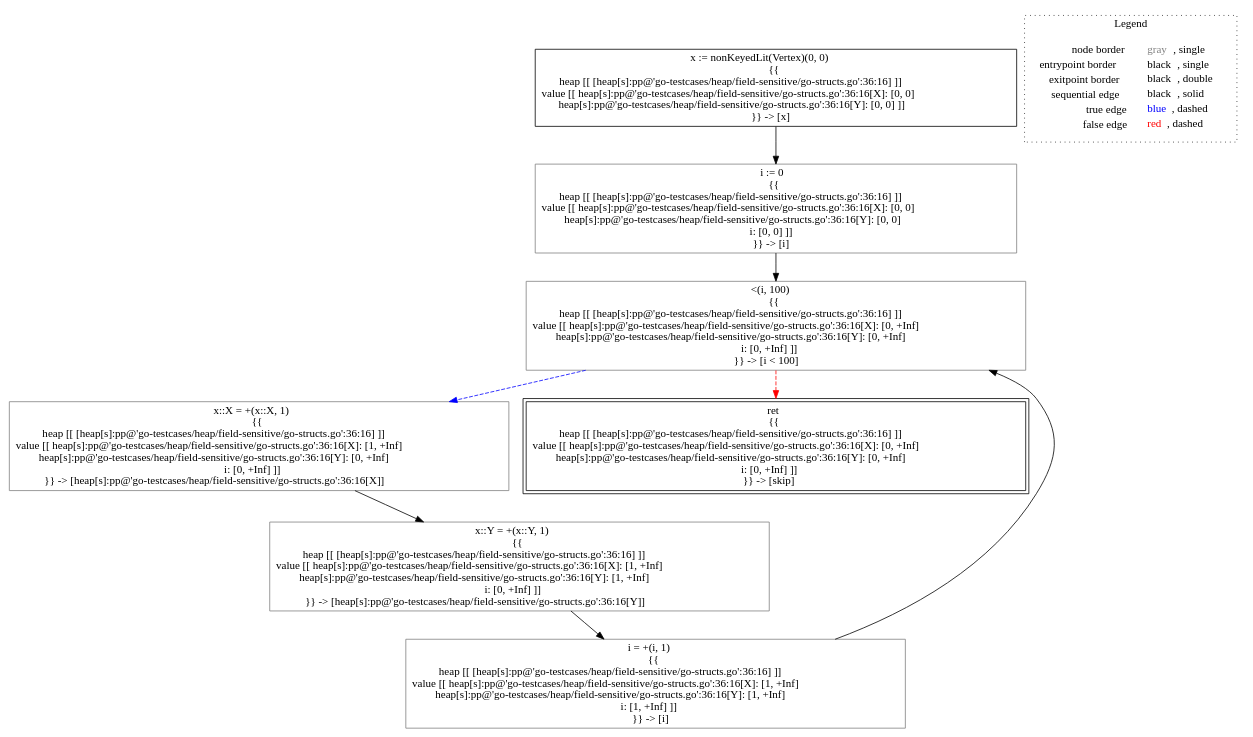
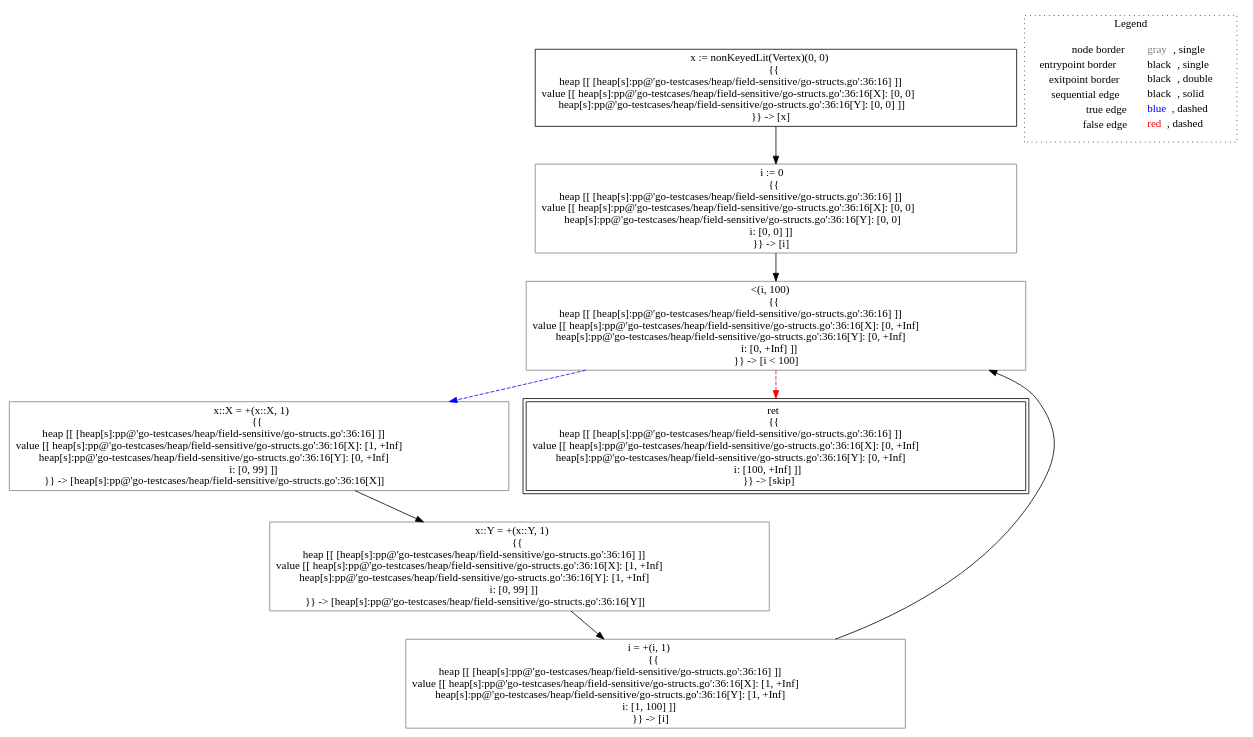
The diagram in go-lisa/go-testcases/heap/field-sensitive/analysis___untyped_~LiSAProgram.forAlloc().dot (lisa-analyzer/go-lisa), drawn with Graphviz before and after one commit. The commit also changed 8 other files, not shown here.

```diff
--- a/go-lisa/go-testcases/heap/field-sensitive/analysis___untyped_~LiSAProgram.forAlloc().dot
+++ b/go-lisa/go-testcases/heap/field-sensitive/analysis___untyped_~LiSAProgram.forAlloc().dot
@@ -1,23 +1,23 @@
 digraph {
 	"node0" [shape="rect",color="black",label=<x := nonKeyedLit(Vertex)(0, 0)<BR/>{{<BR/>heap [[ [heap[s]:pp@'go-testcases/heap/field-sensitive/go-structs.go':36:16] ]]<BR/>value [[ heap[s]:pp@'go-testcases/heap/field-sensitive/go-structs.go':36:16[X]: [0, 0]<BR/>heap[s]:pp@'go-testcases/heap/field-sensitive/go-structs.go':36:16[Y]: [0, 0] ]]<BR/>}} -&gt; [x]>];
-	"node1" [shape="rect",color="gray",label=<&lt;(i, 100)<BR/>{{<BR/>heap [[ [heap[s]:pp@'go-testcases/heap/field-sensitive/go-structs.go':36:16] ]]<BR/>value [[ heap[s]:pp@'go-testcases/heap/field-sensitive/go-structs.go':36:16[X]: [0, +Inf]<BR/>heap[s]:pp@'go-testcases/heap/field-sensitive/go-structs.go':36:16[Y]: [0, +Inf]<BR/>i: [0, +Inf] ]]<BR/>}} -&gt; [i &lt; 100]>];
-	"node2" [shape="rect",color="gray",label=<i := 0<BR/>{{<BR/>heap [[ [heap[s]:pp@'go-testcases/heap/field-sensitive/go-structs.go':36:16] ]]<BR/>value [[ heap[s]:pp@'go-testcases/heap/field-sensitive/go-structs.go':36:16[X]: [0, 0]<BR/>heap[s]:pp@'go-testcases/heap/field-sensitive/go-structs.go':36:16[Y]: [0, 0]<BR/>i: [0, 0] ]]<BR/>}} -&gt; [i]>];
-	"node3" [shape="rect",color="gray",label=<i = +(i, 1)<BR/>{{<BR/>heap [[ [heap[s]:pp@'go-testcases/heap/field-sensitive/go-structs.go':36:16] ]]<BR/>value [[ heap[s]:pp@'go-testcases/heap/field-sensitive/go-structs.go':36:16[X]: [1, +Inf]<BR/>heap[s]:pp@'go-testcases/heap/field-sensitive/go-structs.go':36:16[Y]: [1, +Inf]<BR/>i: [1, +Inf] ]]<BR/>}} -&gt; [i]>];
-	"node4" [shape="rect",color="gray",label=<x::Y = +(x::Y, 1)<BR/>{{<BR/>heap [[ [heap[s]:pp@'go-testcases/heap/field-sensitive/go-structs.go':36:16] ]]<BR/>value [[ heap[s]:pp@'go-testcases/heap/field-sensitive/go-structs.go':36:16[X]: [1, +Inf]<BR/>heap[s]:pp@'go-testcases/heap/field-sensitive/go-structs.go':36:16[Y]: [1, +Inf]<BR/>i: [0, +Inf] ]]<BR/>}} -&gt; [heap[s]:pp@'go-testcases/heap/field-sensitive/go-structs.go':36:16[Y]]>];
-	"node5" [shape="rect",color="gray",label=<x::X = +(x::X, 1)<BR/>{{<BR/>heap [[ [heap[s]:pp@'go-testcases/heap/field-sensitive/go-structs.go':36:16] ]]<BR/>value [[ heap[s]:pp@'go-testcases/heap/field-sensitive/go-structs.go':36:16[X]: [1, +Inf]<BR/>heap[s]:pp@'go-testcases/heap/field-sensitive/go-structs.go':36:16[Y]: [0, +Inf]<BR/>i: [0, +Inf] ]]<BR/>}} -&gt; [heap[s]:pp@'go-testcases/heap/field-sensitive/go-structs.go':36:16[X]]>];
-	"node6" [shape="rect",color="black",peripheries="2",label=<ret<BR/>{{<BR/>heap [[ [heap[s]:pp@'go-testcases/heap/field-sensitive/go-structs.go':36:16] ]]<BR/>value [[ heap[s]:pp@'go-testcases/heap/field-sensitive/go-structs.go':36:16[X]: [0, +Inf]<BR/>heap[s]:pp@'go-testcases/heap/field-sensitive/go-structs.go':36:16[Y]: [0, +Inf]<BR/>i: [0, +Inf] ]]<BR/>}} -&gt; [skip]>];
-	"node1" -> "node5" [color="blue",style="dashed"];
-	"node1" -> "node6" [color="red",style="dashed"];
-	"node2" -> "node1" [color="black"];
-	"node3" -> "node1" [color="black"];
-	"node4" -> "node3" [color="black"];
-	"node5" -> "node4" [color="black"];
-	"node0" -> "node2" [color="black"];
+	"node1" [shape="rect",color="gray",label=<x::X = +(x::X, 1)<BR/>{{<BR/>heap [[ [heap[s]:pp@'go-testcases/heap/field-sensitive/go-structs.go':36:16] ]]<BR/>value [[ heap[s]:pp@'go-testcases/heap/field-sensitive/go-structs.go':36:16[X]: [1, +Inf]<BR/>heap[s]:pp@'go-testcases/heap/field-sensitive/go-structs.go':36:16[Y]: [0, +Inf]<BR/>i: [0, 99] ]]<BR/>}} -&gt; [heap[s]:pp@'go-testcases/heap/field-sensitive/go-structs.go':36:16[X]]>];
+	"node2" [shape="rect",color="gray",label=<&lt;(i, 100)<BR/>{{<BR/>heap [[ [heap[s]:pp@'go-testcases/heap/field-sensitive/go-structs.go':36:16] ]]<BR/>value [[ heap[s]:pp@'go-testcases/heap/field-sensitive/go-structs.go':36:16[X]: [0, +Inf]<BR/>heap[s]:pp@'go-testcases/heap/field-sensitive/go-structs.go':36:16[Y]: [0, +Inf]<BR/>i: [0, +Inf] ]]<BR/>}} -&gt; [i &lt; 100]>];
+	"node3" [shape="rect",color="gray",label=<x::Y = +(x::Y, 1)<BR/>{{<BR/>heap [[ [heap[s]:pp@'go-testcases/heap/field-sensitive/go-structs.go':36:16] ]]<BR/>value [[ heap[s]:pp@'go-testcases/heap/field-sensitive/go-structs.go':36:16[X]: [1, +Inf]<BR/>heap[s]:pp@'go-testcases/heap/field-sensitive/go-structs.go':36:16[Y]: [1, +Inf]<BR/>i: [0, 99] ]]<BR/>}} -&gt; [heap[s]:pp@'go-testcases/heap/field-sensitive/go-structs.go':36:16[Y]]>];
+	"node4" [shape="rect",color="gray",label=<i = +(i, 1)<BR/>{{<BR/>heap [[ [heap[s]:pp@'go-testcases/heap/field-sensitive/go-structs.go':36:16] ]]<BR/>value [[ heap[s]:pp@'go-testcases/heap/field-sensitive/go-structs.go':36:16[X]: [1, +Inf]<BR/>heap[s]:pp@'go-testcases/heap/field-sensitive/go-structs.go':36:16[Y]: [1, +Inf]<BR/>i: [1, 100] ]]<BR/>}} -&gt; [i]>];
+	"node5" [shape="rect",color="black",peripheries="2",label=<ret<BR/>{{<BR/>heap [[ [heap[s]:pp@'go-testcases/heap/field-sensitive/go-structs.go':36:16] ]]<BR/>value [[ heap[s]:pp@'go-testcases/heap/field-sensitive/go-structs.go':36:16[X]: [0, +Inf]<BR/>heap[s]:pp@'go-testcases/heap/field-sensitive/go-structs.go':36:16[Y]: [0, +Inf]<BR/>i: [100, +Inf] ]]<BR/>}} -&gt; [skip]>];
+	"node6" [shape="rect",color="gray",label=<i := 0<BR/>{{<BR/>heap [[ [heap[s]:pp@'go-testcases/heap/field-sensitive/go-structs.go':36:16] ]]<BR/>value [[ heap[s]:pp@'go-testcases/heap/field-sensitive/go-structs.go':36:16[X]: [0, 0]<BR/>heap[s]:pp@'go-testcases/heap/field-sensitive/go-structs.go':36:16[Y]: [0, 0]<BR/>i: [0, 0] ]]<BR/>}} -&gt; [i]>];
+	"node1" -> "node3" [color="black"];
+	"node2" -> "node1" [color="blue",style="dashed"];
+	"node2" -> "node5" [color="red",style="dashed"];
+	"node3" -> "node4" [color="black"];
+	"node4" -> "node2" [color="black"];
+	"node6" -> "node2" [color="black"];
+	"node0" -> "node6" [color="black"];
 subgraph cluster_legend {
 	label="Legend";
 	style=dotted;
 	node [shape=plaintext];
 	"legend" [label=<<table border="0" cellpadding="2" cellspacing="0" cellborder="0"><tr><td align="right">node border&nbsp;</td><td align="left"><font color="gray">gray</font>, single</td></tr><tr><td align="right">entrypoint border&nbsp;</td><td align="left"><font color="black">black</font>, single</td></tr><tr><td align="right">exitpoint border&nbsp;</td><td align="left"><font color="black">black</font>, double</td></tr><tr><td align="right">sequential edge&nbsp;</td><td align="left"><font color="black">black</font>, solid</td></tr><tr><td align="right">true edge&nbsp;</td><td align="left"><font color="blue">blue</font>, dashed</td></tr><tr><td align="right">false edge&nbsp;</td><td align="left"><font color="red">red</font>, dashed</td></tr></table>>];
 }
 
 }
```
